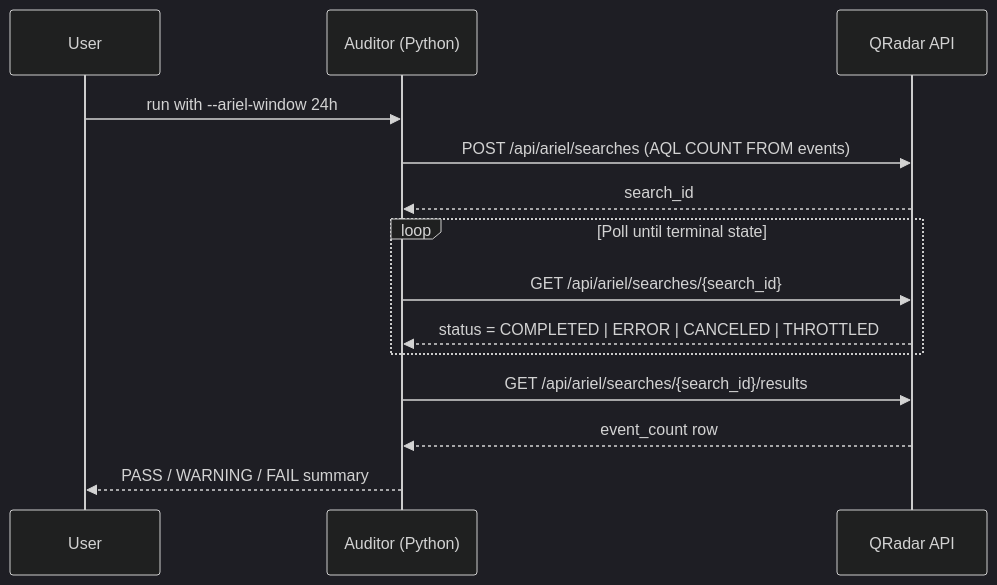
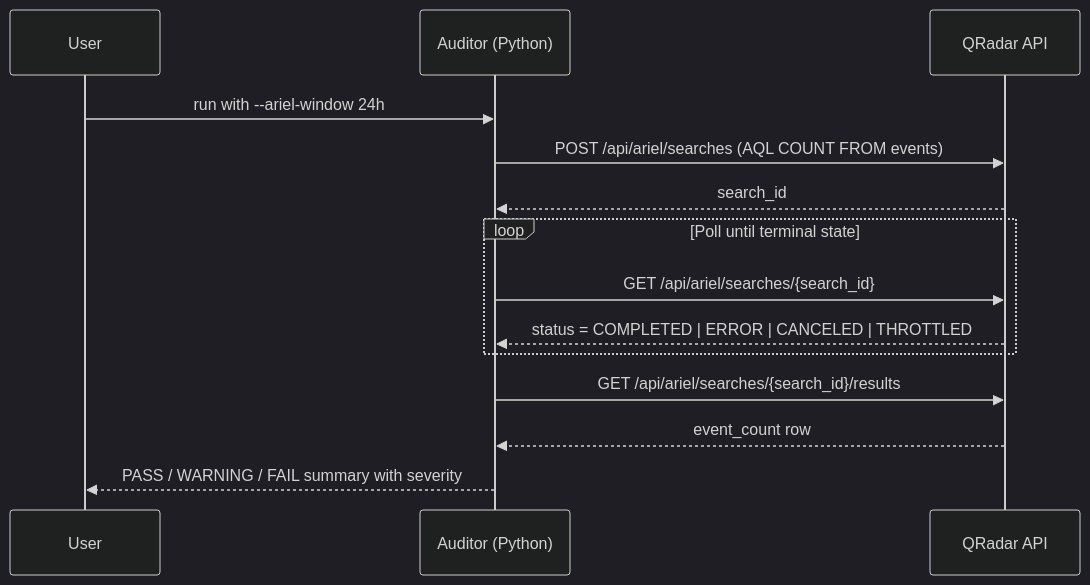
One commit to Masriyan/Qradar-SIEM-Auditor changed the second of 3 diagrams in README.md. Above: the diagram before and after it, drawn with Mermaid (dark theme). The commit also changed other lines of this file and 10 other files, not shown here.

````diff
--- a/README.md
+++ b/README.md
@@ -94,17 +125,17 @@
 ```mermaid
 sequenceDiagram
     participant U as User
     participant A as Auditor (Python)
     participant Q as QRadar API
 
     U->>A: run with --ariel-window 24h
     A->>Q: POST /api/ariel/searches (AQL COUNT FROM events)
     Q-->>A: search_id
     loop Poll until terminal state
         A->>Q: GET /api/ariel/searches/{search_id}
         Q-->>A: status = COMPLETED | ERROR | CANCELED | THROTTLED
     end
     A->>Q: GET /api/ariel/searches/{search_id}/results
     Q-->>A: event_count row
-    A-->>U: PASS / WARNING / FAIL summary
+    A-->>U: PASS / WARNING / FAIL summary with severity
 ```
````
